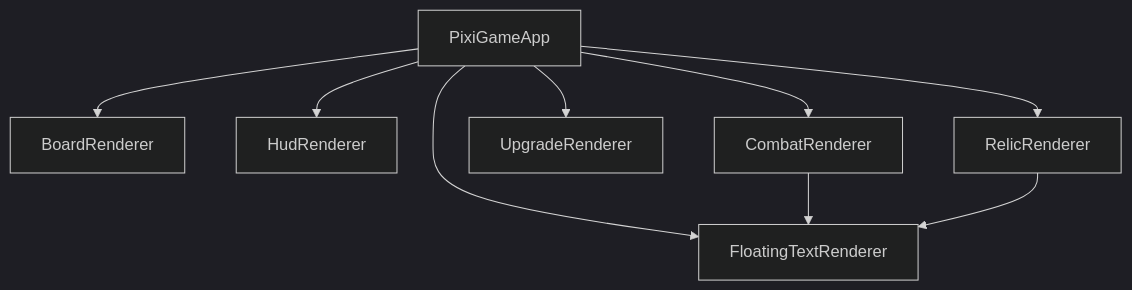
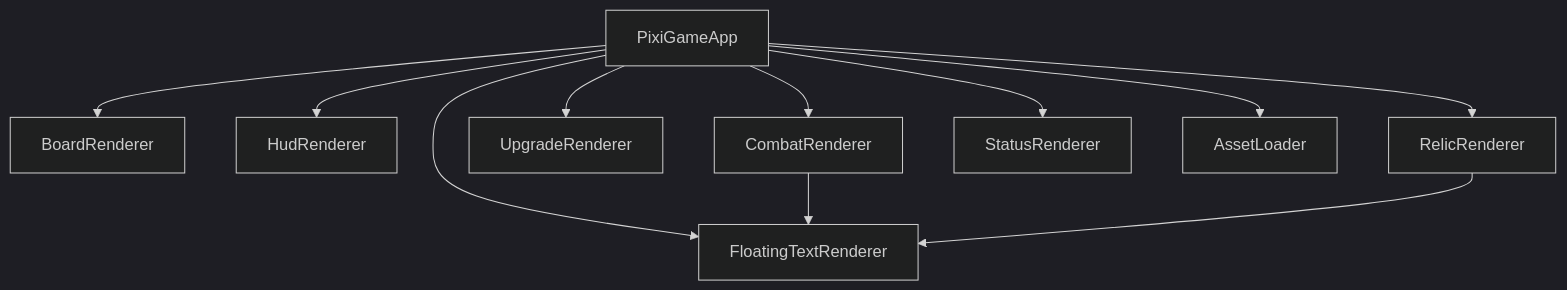
The seventh of 8 diagrams in CODEBASE_DIAGRAM.md (evian-christ/humankind), drawn with Mermaid (dark theme) before and after one commit. The commit also changed other lines of this file and 3 other files, not shown here.

Commit message:
docs: refresh architecture and symbol guides

````diff
--- a/CODEBASE_DIAGRAM.md
+++ b/CODEBASE_DIAGRAM.md
@@ -201,12 +339,14 @@
 ```mermaid
 flowchart TB
     PixiGameApp["PixiGameApp"]
     PixiGameApp --> BoardRenderer
     PixiGameApp --> HudRenderer
     PixiGameApp --> RelicRenderer
     PixiGameApp --> UpgradeRenderer
     PixiGameApp --> FloatingTextRenderer
     PixiGameApp --> CombatRenderer
+    PixiGameApp --> StatusRenderer
+    PixiGameApp --> AssetLoader
     CombatRenderer --> FloatingTextRenderer
     RelicRenderer --> FloatingTextRenderer
 ```
````
